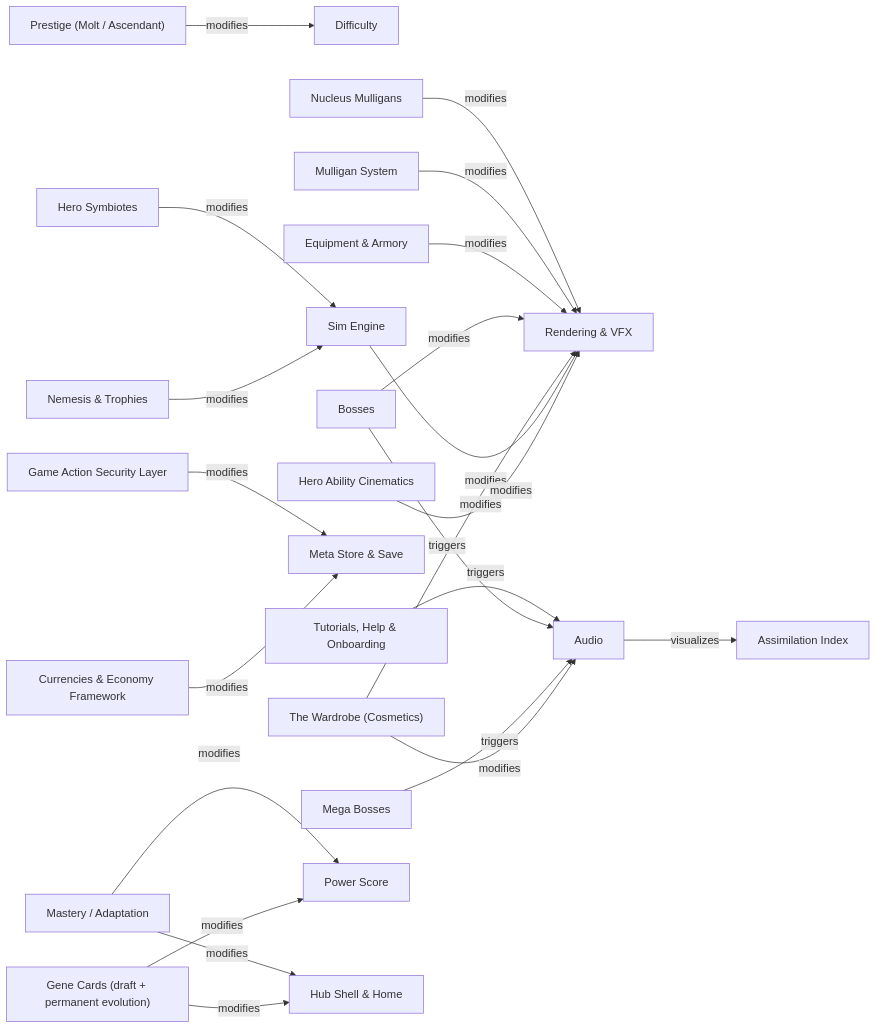
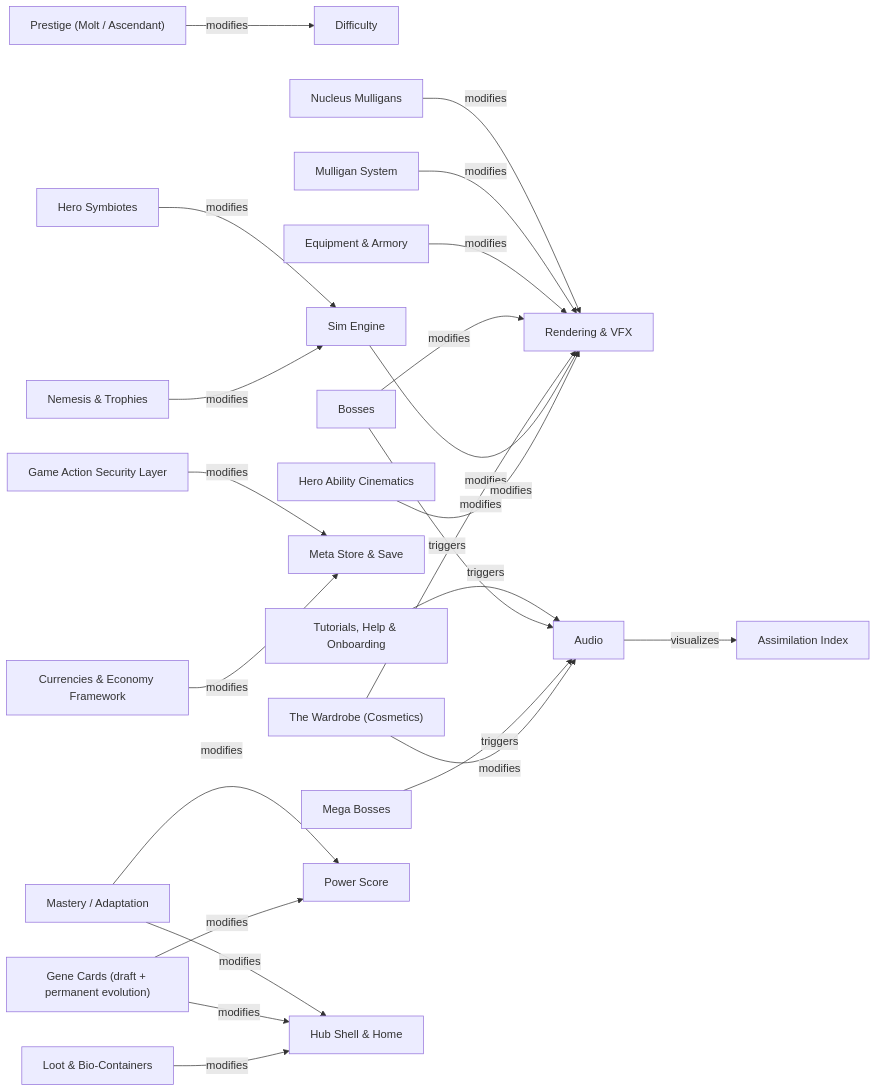
Before and after one commit to jathanalston-ship-it/TowerDefenseGame: the fourth of 4 diagrams in docs/DIL_GRAPH.md, drawn with Mermaid. The commit also changed other lines of this file and 11 other files, not shown here.

````diff
--- a/docs/DIL_GRAPH.md
+++ b/docs/DIL_GRAPH.md
@@ -490,24 +491,25 @@
 ```mermaid
 graph LR
   system_prestige["Prestige (Molt / Ascendant)"] -->|modifies| system_difficulty["Difficulty"]
   system_nucleus["Nucleus Mulligans"] -->|modifies| system_rendering["Rendering & VFX"]
   system_audio["Audio"] -->|visualizes| system_assimilation["Assimilation Index"]
   system_mulligans["Mulligan System"] -->|modifies| system_rendering["Rendering & VFX"]
   system_equipment["Equipment & Armory"] -->|modifies| system_rendering["Rendering & VFX"]
   system_onboarding["Tutorials, Help & Onboarding"] -->|triggers| system_audio["Audio"]
   system_bosses["Bosses"] -->|triggers| system_audio["Audio"]
   system_bosses["Bosses"] -->|modifies| system_rendering["Rendering & VFX"]
   system_mega_bosses["Mega Bosses"] -->|triggers| system_audio["Audio"]
   system_security["Game Action Security Layer"] -->|modifies| system_meta_store["Meta Store & Save"]
   system_cosmetics["The Wardrobe (Cosmetics)"] -->|modifies| system_audio["Audio"]
   system_cosmetics["The Wardrobe (Cosmetics)"] -->|modifies| system_rendering["Rendering & VFX"]
   system_currencies["Currencies & Economy Framework"] -->|modifies| system_meta_store["Meta Store & Save"]
   system_hero_symbiotes["Hero Symbiotes"] -->|modifies| system_engine["Sim Engine"]
   system_engine["Sim Engine"] -->|modifies| system_rendering["Rendering & VFX"]
   system_hero_cinematics["Hero Ability Cinematics"] -->|modifies| system_rendering["Rendering & VFX"]
   system_nemesis["Nemesis & Trophies"] -->|modifies| system_engine["Sim Engine"]
   system_mastery["Mastery / Adaptation"] -->|modifies| concept_power_score["Power Score"]
   system_mastery["Mastery / Adaptation"] -->|modifies| system_hub_shell["Hub Shell & Home"]
   system_gene_cards["Gene Cards (draft + permanent evolution)"] -->|modifies| concept_power_score["Power Score"]
   system_gene_cards["Gene Cards (draft + permanent evolution)"] -->|modifies| system_hub_shell["Hub Shell & Home"]
+  system_loot["Loot & Bio-Containers"] -->|modifies| system_hub_shell["Hub Shell & Home"]
 ```
````
